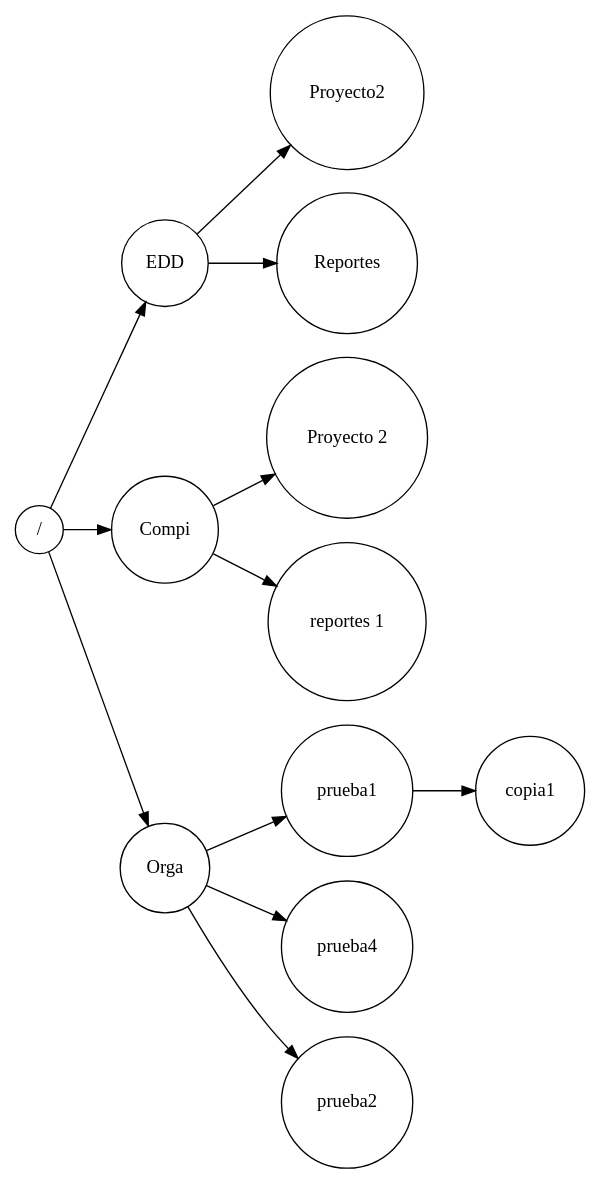
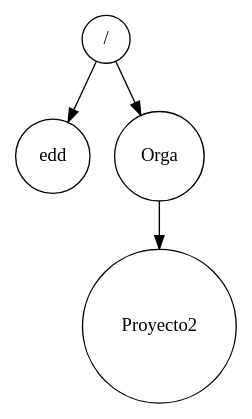
The diagram in Reportes/Grafo.dot (CSuy/EDD_2S2019_PY2_201700918), drawn with Graphviz before and after one commit. The commit also changed 71 other files, not shown here.

```diff
--- a/Reportes/Grafo.dot
+++ b/Reportes/Grafo.dot
@@ -1,27 +1,11 @@
 digraph guia{ 
- rankdir=LR; 
  node[shape=circle]; 
 nodo10[label="/" ]; 
-nodo20[label="EDD" ]; 
-nodo30[label="Compi" ]; 
-nodo40[label="Orga" ]; 
-nodo50[label="Proyecto2" ]; 
-nodo60[label="Reportes" ]; 
-nodo70[label="Proyecto 2" ]; 
-nodo80[label="reportes 1" ]; 
-nodo90[label="prueba1" ]; 
-nodo100[label="prueba4" ]; 
-nodo110[label="prueba2" ]; 
-nodo120[label="copia1" ]; 
+nodo20[label="edd" ]; 
+nodo30[label="Orga" ]; 
+nodo40[label="Proyecto2" ]; 
 nodo10-> nodo20; 
 nodo10-> nodo30; 
-nodo10-> nodo40; 
-nodo20-> nodo50; 
-nodo20-> nodo60; 
-nodo30-> nodo70; 
-nodo30-> nodo80; 
-nodo40-> nodo90; 
-nodo40-> nodo100; 
-nodo40-> nodo110; 
-nodo90-> nodo120; 
-} 
+nodo30-> nodo40; 
+overlap=false 
+ } 
```
